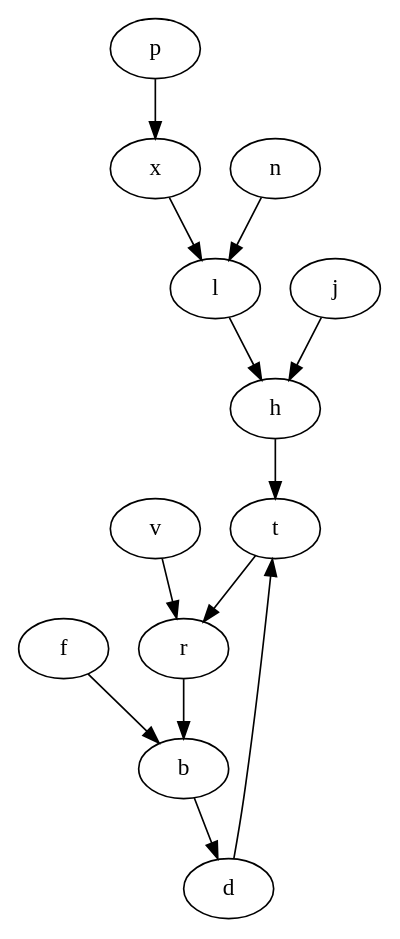
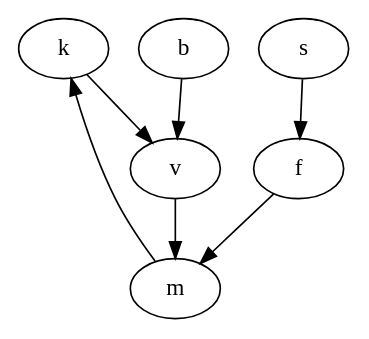
One commit to ClayDowling/llintersections changed the diagram in samples/graphB.gv. Above: the diagram before and after it, drawn with Graphviz. The commit also changed 23 other files, not shown here.

```diff
--- a/samples/graphB.gv
+++ b/samples/graphB.gv
@@ -1,14 +1,8 @@
 digraph intersection {
-  h -> t
-  x -> l
-  r -> b
-  b -> d
-  n -> l
-  p -> x
-  f -> b
-  d -> t
-  t -> r
-  v -> r
-  j -> h
-  l -> h
+  k -> v
+  m -> k
+  s -> f
+  v -> m
+  b -> v
+  f -> m
 }
```
